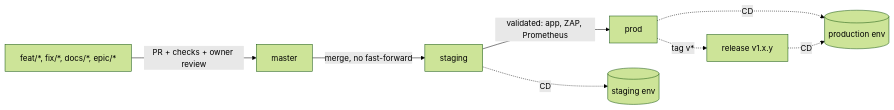
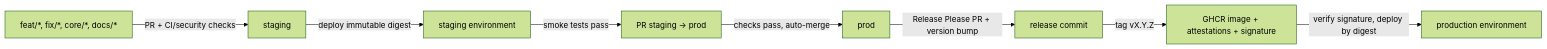
Before and after one commit to assali-mohamed-ali/api-MedLink: the fifth of 5 diagrams in docs/ARCHITECTURE.md, drawn with Mermaid (forest theme). The commit also changed other lines of this file, not shown here.

Commit message:
docs(ci): document staging-first release architecture

````diff
--- a/docs/ARCHITECTURE.md
+++ b/docs/ARCHITECTURE.md
@@ -261,10 +264,10 @@
 ```mermaid
 flowchart LR
-  F[feat/*, fix/*, docs/*, epic/*] -- PR + checks + owner review --> M[master]
-  M -- merge, no fast-forward --> S[staging]
-  S -- validated: app, ZAP, Prometheus --> P[prod]
-  P -. tag v* .-> T[release v1.x.y]
-  S -. CD .-> E2[(staging env)]
-  P -. CD .-> E1[(production env)]
-  T -. CD .-> E1
+  F[feat/*, fix/*, core/*, docs/*] -->|PR + CI/security checks| S[staging]
+  S -->|deploy immutable digest| SE[staging environment]
+  SE -->|smoke tests pass| PR[PR staging -> prod]
+  PR -->|checks pass, auto-merge| P[prod]
+  P -->|Release Please PR + version bump| R[release commit]
+  R -->|tag vX.Y.Z| T[GHCR image + attestations + signature]
+  T -->|verify signature, deploy by digest| PE[production environment]
 ```
````
